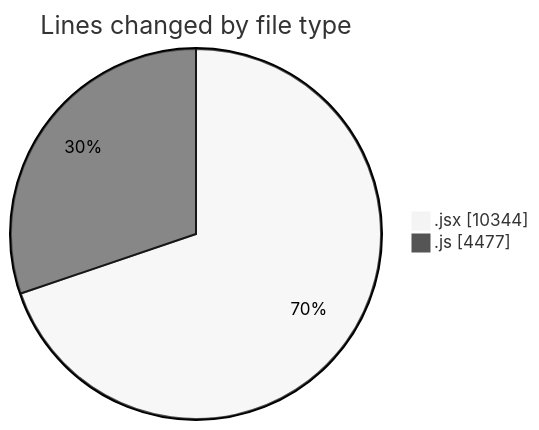
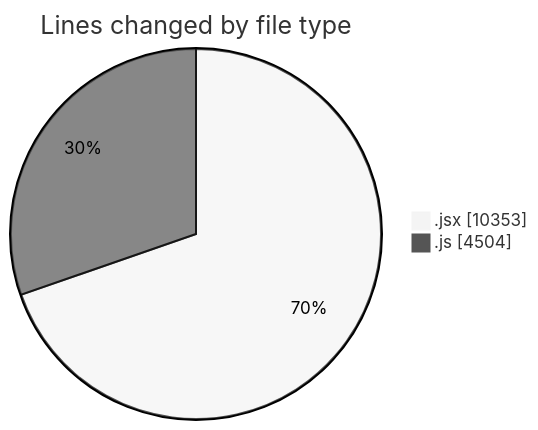
The first of 2 diagrams in 2025-09-23/nxtqube_webapp/README.md (nxtqubesakshisongat/code-tracking), drawn with Mermaid (neutral theme) before and after one commit. The commit also changed other lines of this file and 1 other file, not shown here.

````diff
--- a/2025-09-23/nxtqube_webapp/README.md
+++ b/2025-09-23/nxtqube_webapp/README.md
@@ -24,6 +24,6 @@
 ```mermaid
 pie showData
 title Lines changed by file type
-".jsx" : 10344
-".js" : 4477
+".jsx" : 10353
+".js" : 4504
 ```
````
